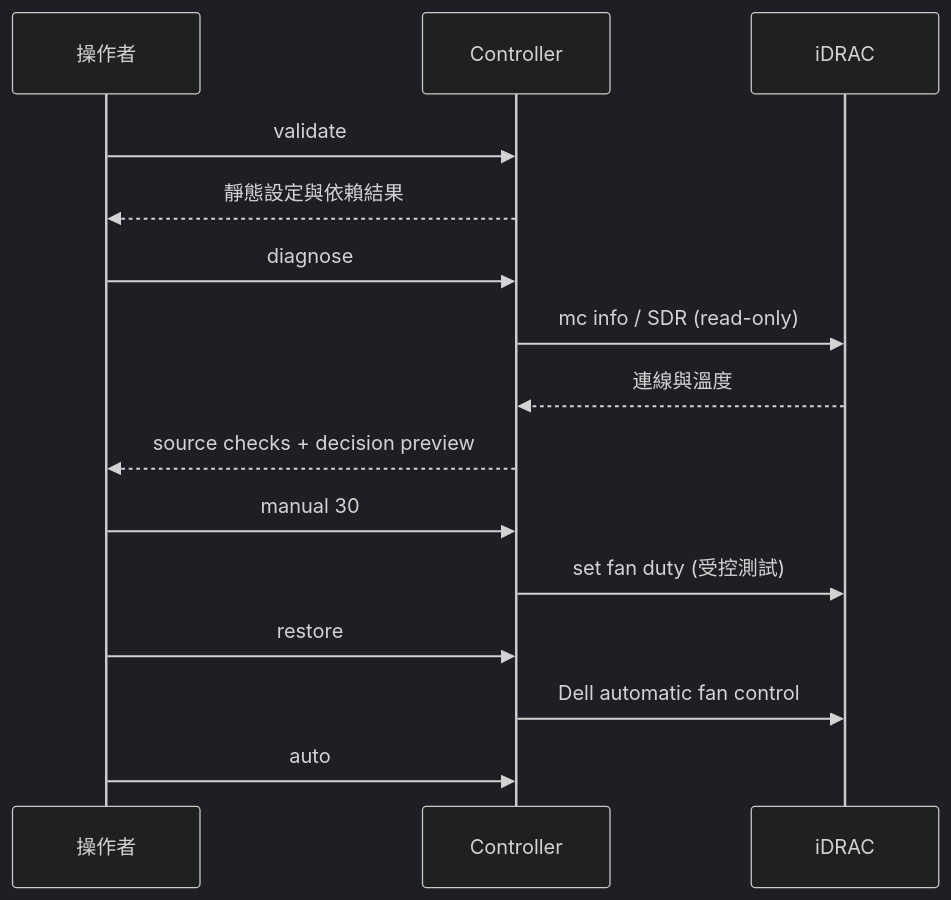
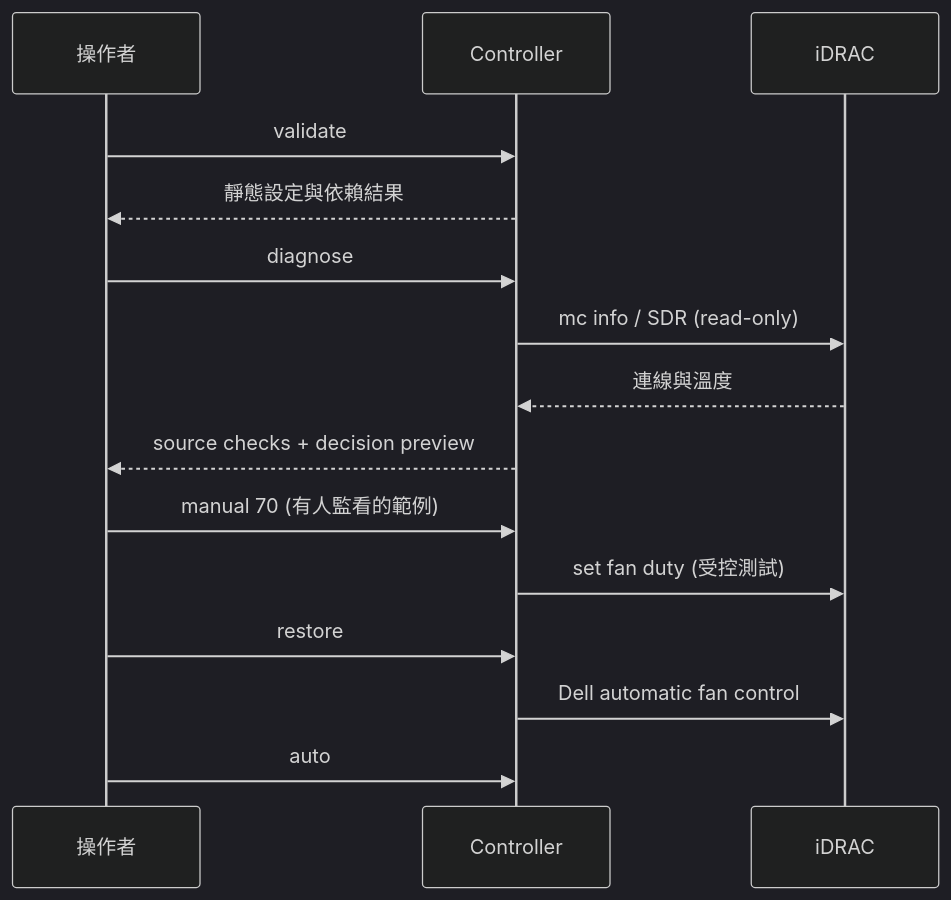
One commit to DF-wu/iDRACFanSpeedControl changed the second of 3 diagrams in README.zh-TW.md. Above: the diagram before and after it, drawn with Mermaid (dark theme). The commit also changed other lines of this file and 9 other files, not shown here.

````diff
--- a/README.zh-TW.md
+++ b/README.zh-TW.md
@@ -135,17 +160,17 @@
 ```mermaid
 sequenceDiagram
     participant U as 操作者
     participant C as Controller
     participant D as iDRAC
     U->>C: validate
     C-->>U: 靜態設定與依賴結果
     U->>C: diagnose
     C->>D: mc info / SDR (read-only)
     D-->>C: 連線與溫度
     C-->>U: source checks + decision preview
-    U->>C: manual 30
+    U->>C: manual 70 (有人監看的範例)
     C->>D: set fan duty (受控測試)
     U->>C: restore
     C->>D: Dell automatic fan control
     U->>C: auto
 ```
````
